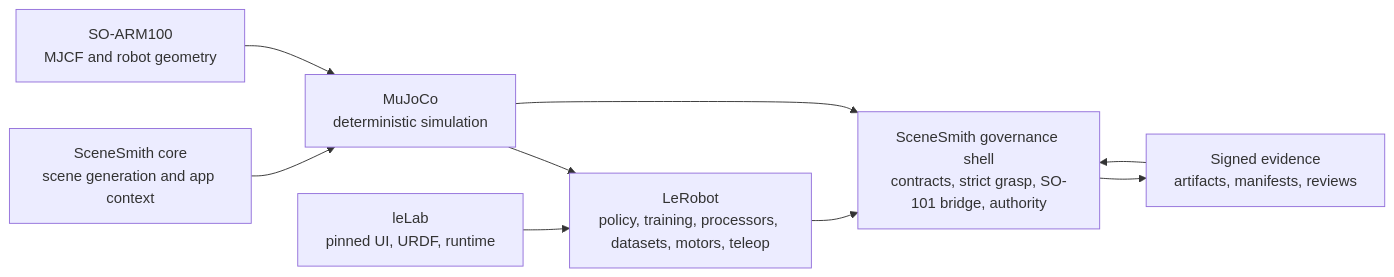
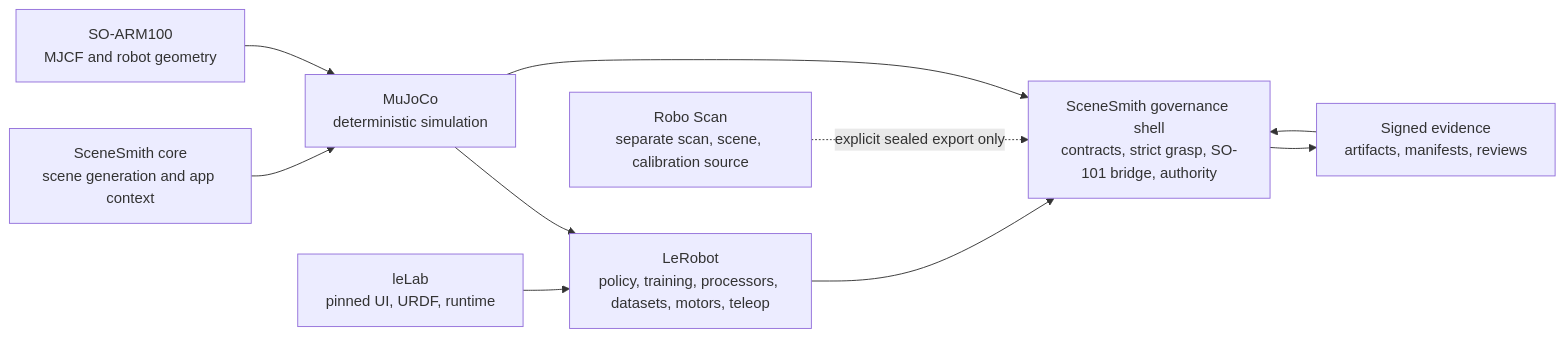
The first of 3 diagrams in docs/architecture.md (jakekinchen/sim-link), drawn with Mermaid before and after one commit. The commit also changed other lines of this file and 11 other files, not shown here.

Commit message:
docs: define Robo Scan handoff boundary

````diff
--- a/docs/architecture.md
+++ b/docs/architecture.md
@@ -16,19 +16,21 @@
 ```mermaid
 flowchart LR
     S[SceneSmith core\nscene generation and app context]
     M[SO-ARM100\nMJCF and robot geometry]
     U[MuJoCo\ndeterministic simulation]
     L[LeRobot\npolicy, training, processors, datasets, motors, teleop]
     E[leLab\npinned UI, URDF, runtime]
+    C[Robo Scan\nseparate scan, scene, calibration source]
     G[SceneSmith governance shell\ncontracts, strict grasp, SO-101 bridge, authority]
     R[Signed evidence\nartifacts, manifests, reviews]
 
     S --> U
     M --> U
     U --> L
     E --> L
+    C -. explicit sealed export only .-> G
     L --> G
     U --> G
     G --> R
     R --> G
 ```
````
